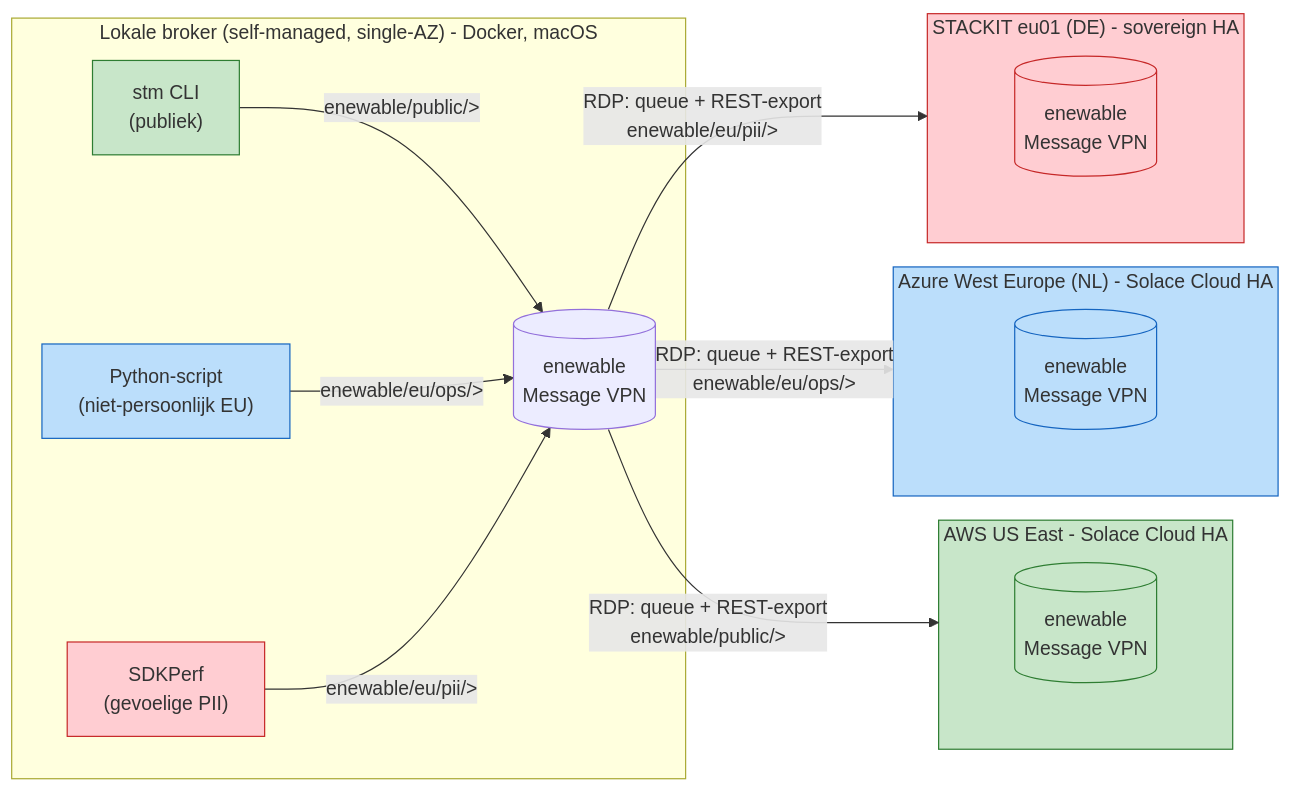
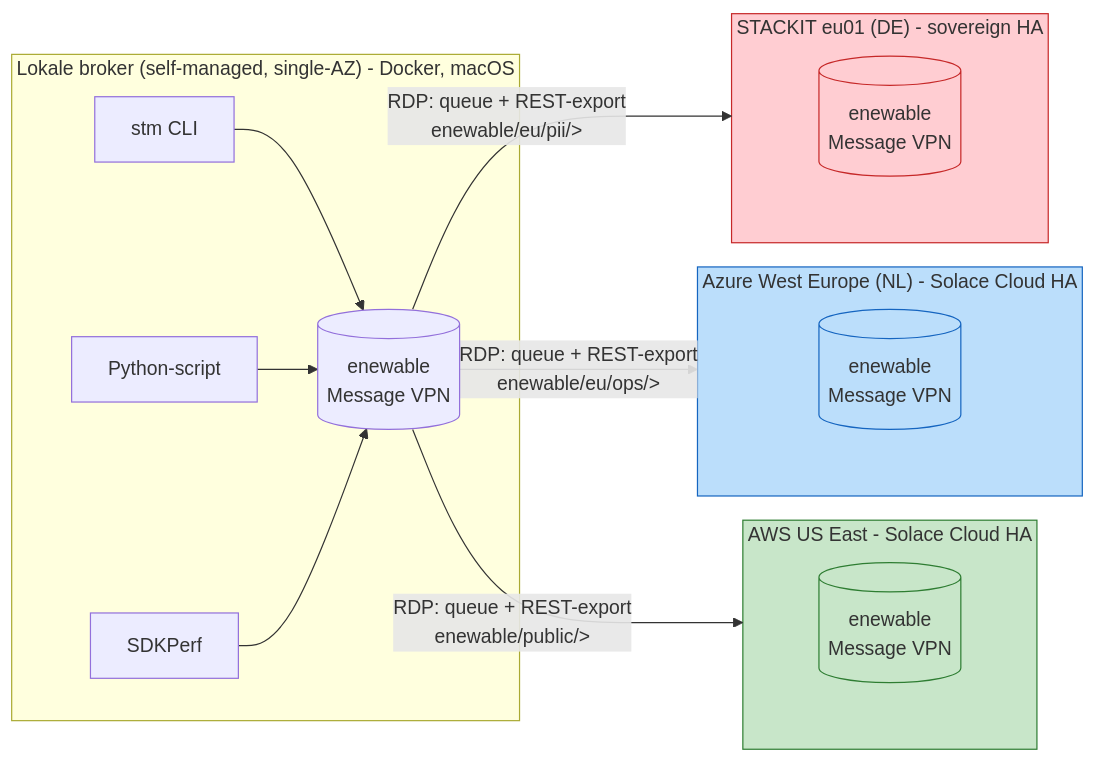
The diagram in docs/topologie.md (taatuut/dadd-2026-solace-stackit-soevereine-cloud), drawn with Mermaid before and after one commit. The commit also changed other lines of this file and 17 other files, not shown here.

````diff
--- a/docs/topologie.md
+++ b/docs/topologie.md
@@ -10,37 +10,37 @@
 ```mermaid
 flowchart LR
     subgraph LOCAL["Lokale broker (self-managed, single-AZ) - Docker, macOS"]
         L[("enewable\nMessage VPN")]
-        STM["stm CLI\n(publiek)"]
-        PY["Python-script\n(niet-persoonlijk EU)"]
-        SDK["SDKPerf\n(gevoelige PII)"]
-        STM -- "enewable/public/>" --> L
-        PY -- "enewable/eu/ops/>" --> L
-        SDK -- "enewable/eu/pii/>" --> L
+        STM["stm CLI"]
+        PY["Python-script"]
+        SDK["SDKPerf"]
+        STM --> L
+        PY --> L
+        SDK --> L
     end
 
     L -- "RDP: queue + REST-export\nenewable/public/>" --> AWS
     L -- "RDP: queue + REST-export\nenewable/eu/ops/>" --> AZ
     L -- "RDP: queue + REST-export\nenewable/eu/pii/>" --> ST
 
     subgraph AWS["AWS US East - Solace Cloud HA"]
         AWSVPN[("enewable\nMessage VPN")]
     end
     subgraph AZ["Azure West Europe (NL) - Solace Cloud HA"]
         AZVPN[("enewable\nMessage VPN")]
     end
     subgraph ST["STACKIT eu01 (DE) - sovereign HA"]
         STVPN[("enewable\nMessage VPN")]
     end
 
     AWS --- AWSVPN
     AZ --- AZVPN
     ST --- STVPN
 
     classDef publiek fill:#c8e6c9,stroke:#2e7d32;
     classDef eu fill:#bbdefb,stroke:#1565c0;
     classDef pii fill:#ffcdd2,stroke:#c62828;
-    class STM,AWS,AWSVPN publiek
-    class PY,AZ,AZVPN eu
-    class SDK,ST,STVPN pii
+    class AWS,AWSVPN publiek
+    class AZ,AZVPN eu
+    class ST,STVPN pii
 ```
````
